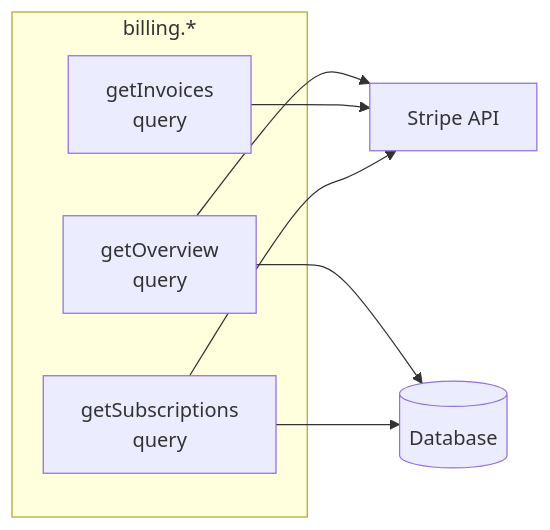
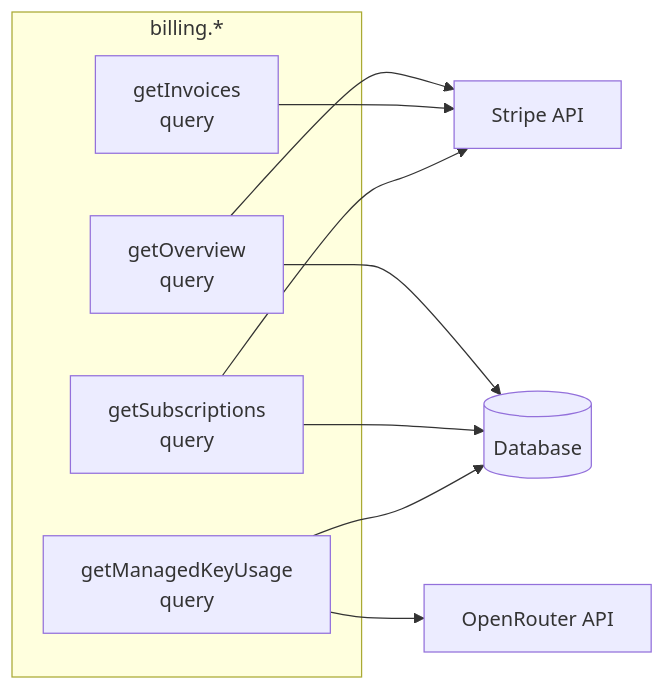
One commit to Bretthb/jarble changed the eighth of 14 diagrams in API-ENDPOINTS.md. Above: the diagram before and after it, drawn with Mermaid. The commit also changed other lines of this file and 15 other files, not shown here.

````diff
--- a/API-ENDPOINTS.md
+++ b/API-ENDPOINTS.md
@@ -355,14 +363,17 @@
 ```mermaid
 graph LR
     subgraph billing["billing.*"]
         OVERVIEW["getOverview<br/>query"]
         INV["getInvoices<br/>query"]
         SUBS["getSubscriptions<br/>query"]
+        MKU["getManagedKeyUsage<br/>query"]
     end
 
     OVERVIEW --> STRIPE["Stripe API"]
     INV --> STRIPE
     SUBS --> STRIPE
     OVERVIEW --> DB[("Database")]
     SUBS --> DB
+    MKU --> OR["OpenRouter API"]
+    MKU --> DB
 ```
````
